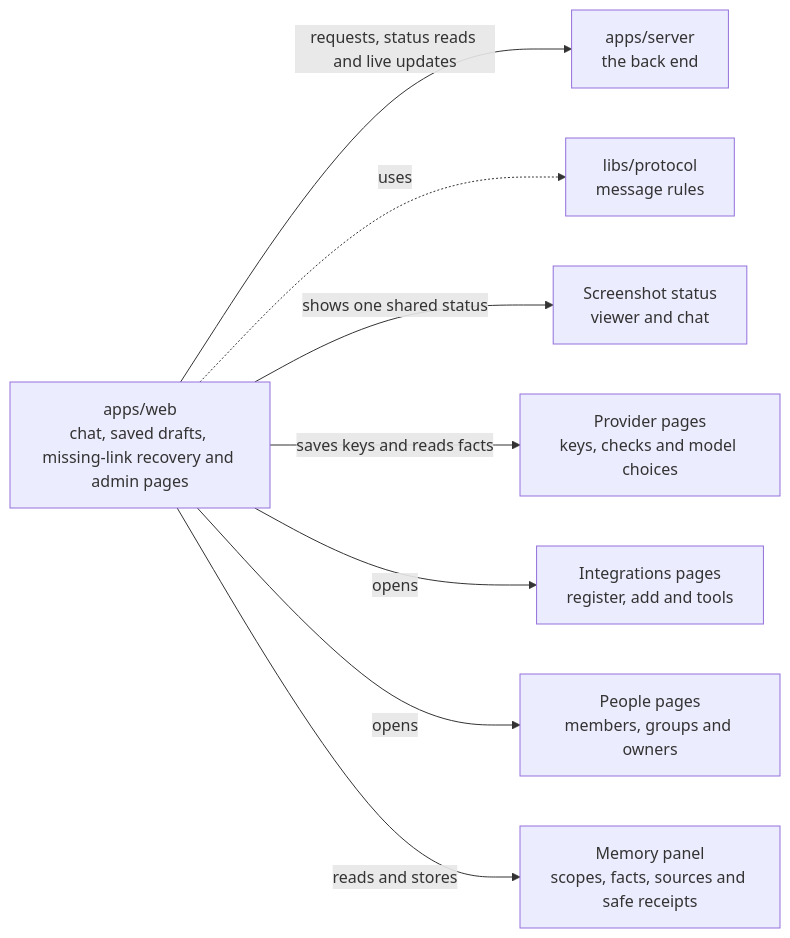
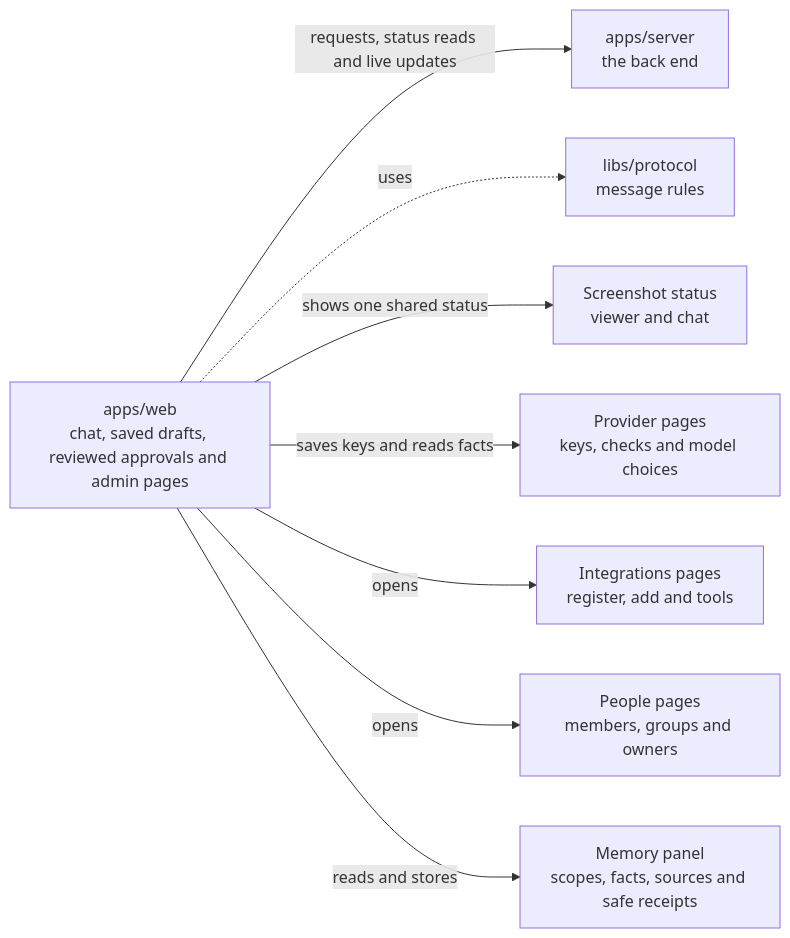
One commit to elewa-git/opencrane-new changed the diagram in apps/web/README.md. Above: the diagram before and after it, drawn with Mermaid. The commit also changed other lines of this file and 65 other files, not shown here.

````diff
--- a/apps/web/README.md
+++ b/apps/web/README.md
@@ -11,10 +11,10 @@
 ```mermaid
 flowchart LR
-  web["apps/web<br/>chat, saved drafts, missing-link recovery and admin pages"] -->|requests, status reads and live updates| server["apps/server<br/>the back end"]
+  web["apps/web<br/>chat, saved drafts, reviewed approvals and admin pages"] -->|requests, status reads and live updates| server["apps/server<br/>the back end"]
   web -.->|uses| protocol["libs/protocol<br/>message rules"]
   web -->|shows one shared status| capture["Screenshot status<br/>viewer and chat"]
   web -->|saves keys and reads facts| providers["Provider pages<br/>keys, checks and model choices"]
   web -->|opens| integrations["Integrations pages<br/>register, add and tools"]
   web -->|opens| people["People pages<br/>members, groups and owners"]
   web -->|reads and stores| memory["Memory panel<br/>scopes, facts, sources and safe receipts"]
 ```
````
